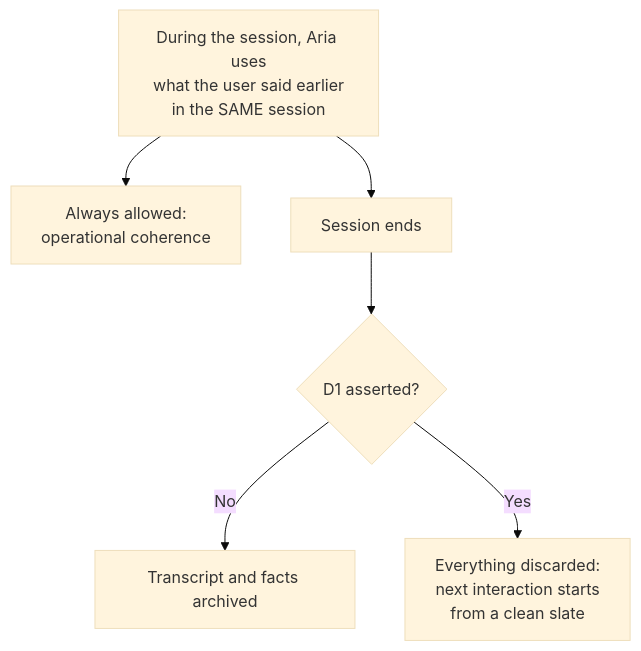
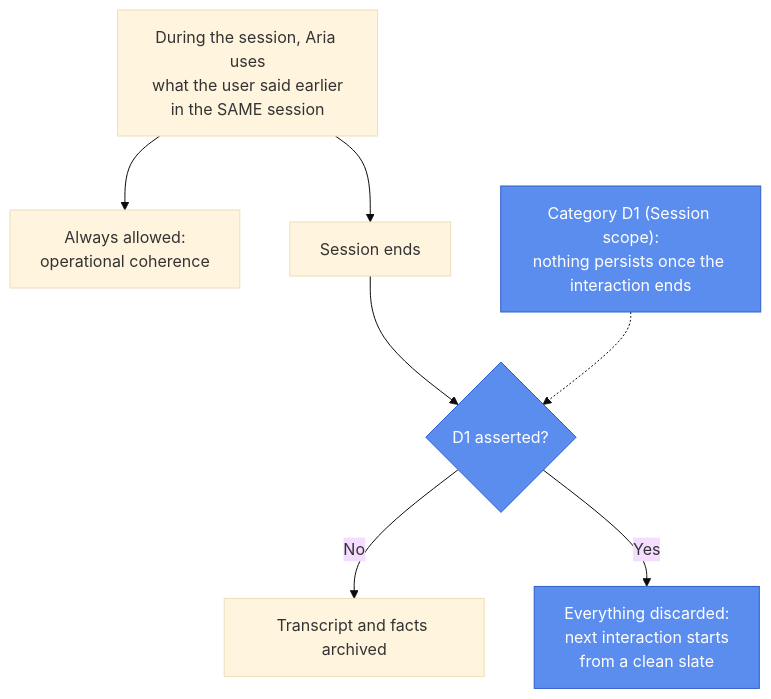
One commit to privacy-tech-lab/gpc-ai-agents-prototypes changed the first of 3 diagrams in prototype-7/README.md. Above: the diagram before and after it, drawn with Mermaid (base theme). The commit also changed other lines of this file and 6 other files, not shown here.

````diff
--- a/prototype-7/README.md
+++ b/prototype-7/README.md
@@ -21,8 +21,12 @@
 ```mermaid
 flowchart TD
     within["During the session, Aria uses<br/>what the user said earlier<br/>in the SAME session"] --> coherence["Always allowed:<br/>operational coherence"]
     within --> ends["Session ends"]
     ends --> gate1{"D1 asserted?"}
     gate1 -- "No" --> archived["Transcript and facts archived"]
     gate1 -- "Yes" --> discarded["Everything discarded:<br/>next interaction starts<br/>from a clean slate"]
+
+    classDef category fill:#5b8def,stroke:#2f5fce,color:#fff
+    class gate1,discarded category
+    D1cat["Category D1 (Session scope):<br/>nothing persists once the interaction ends"]:::category -.-> gate1
 ```
````
